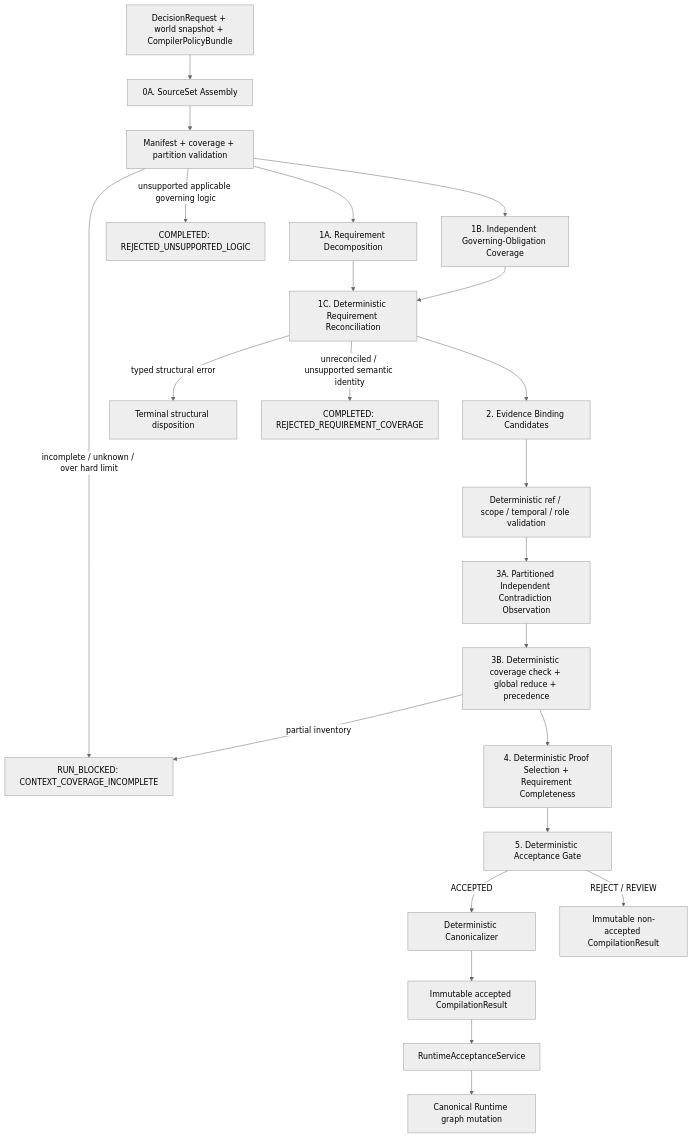
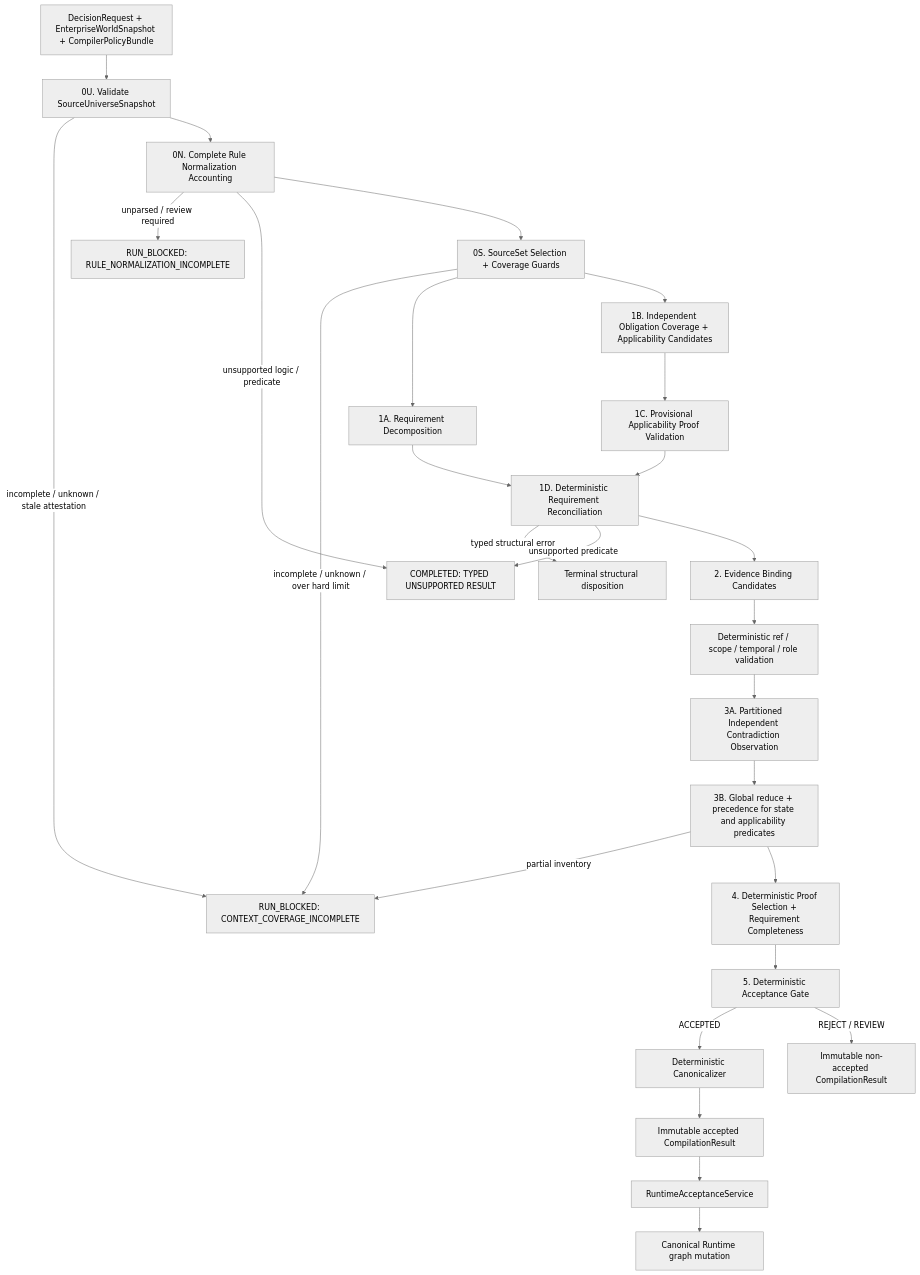
One commit to dabaitudiu/continuum changed the diagram in docs/continuum_module_01_semantic_dependency_compiler/15_REPLACEMENT_ARCHITECTURE.md. Above: the diagram before and after it, drawn with Mermaid (neutral theme). The commit also changed other lines of this file and 18 other files, not shown here.

Commit message:
docs: revise option B architecture for review

````diff
--- a/docs/continuum_module_01_semantic_dependency_compiler/15_REPLACEMENT_ARCHITECTURE.md
+++ b/docs/continuum_module_01_semantic_dependency_compiler/15_REPLACEMENT_ARCHITECTURE.md
@@ -149,25 +274,29 @@
 ```mermaid
 flowchart TD
-    A[DecisionRequest + world snapshot + CompilerPolicyBundle] --> B[0A. SourceSet Assembly]
-    B --> B1[Manifest + coverage + partition validation]
-    B1 -->|incomplete / unknown / over hard limit| RB[RUN_BLOCKED: CONTEXT_COVERAGE_INCOMPLETE]
-    B1 -->|unsupported applicable governing logic| UL[COMPLETED: REJECTED_UNSUPPORTED_LOGIC]
-    B1 --> C[1A. Requirement Decomposition]
-    B1 --> D[1B. Independent Governing-Obligation Coverage]
-    C --> E[1C. Deterministic Requirement Reconciliation]
-    D --> E
+    A[DecisionRequest + EnterpriseWorldSnapshot + CompilerPolicyBundle] --> U[0U. Validate SourceUniverseSnapshot]
+    U -->|incomplete / unknown / stale attestation| RB[RUN_BLOCKED: CONTEXT_COVERAGE_INCOMPLETE]
+    U --> NR[0N. Complete Rule Normalization Accounting]
+    NR -->|unparsed / review required| RNB[RUN_BLOCKED: RULE_NORMALIZATION_INCOMPLETE]
+    NR -->|unsupported logic / predicate| UP[COMPLETED: TYPED UNSUPPORTED RESULT]
+    NR --> S[0S. SourceSet Selection + Coverage Guards]
+    S -->|incomplete / unknown / over hard limit| RB
+    S --> C[1A. Requirement Decomposition]
+    S --> D[1B. Independent Obligation Coverage + Applicability Candidates]
+    C --> E[1D. Deterministic Requirement Reconciliation]
+    D --> DV[1C. Provisional Applicability Proof Validation]
+    DV --> E
     E -->|typed structural error| X[Terminal structural disposition]
-    E -->|unreconciled / unsupported semantic identity| UI[COMPLETED: REJECTED_REQUIREMENT_COVERAGE]
+    E -->|unsupported predicate| UP
     E --> F[2. Evidence Binding Candidates]
     F --> F1[Deterministic ref / scope / temporal / role validation]
     F1 --> G[3A. Partitioned Independent Contradiction Observation]
-    G --> G1[3B. Deterministic coverage check + global reduce + precedence]
+    G --> G1[3B. Global reduce + precedence for state and applicability predicates]
     G1 -->|partial inventory| RB
     G1 --> H[4. Deterministic Proof Selection + Requirement Completeness]
     H --> I[5. Deterministic Acceptance Gate]
     I -->|ACCEPTED| J[Deterministic Canonicalizer]
     I -->|REJECT / REVIEW| K[Immutable non-accepted CompilationResult]
     J --> L[Immutable accepted CompilationResult]
     L --> M[RuntimeAcceptanceService]
-    M --> N[Canonical Runtime graph mutation]
+    M --> RT[Canonical Runtime graph mutation]
 ```
````
